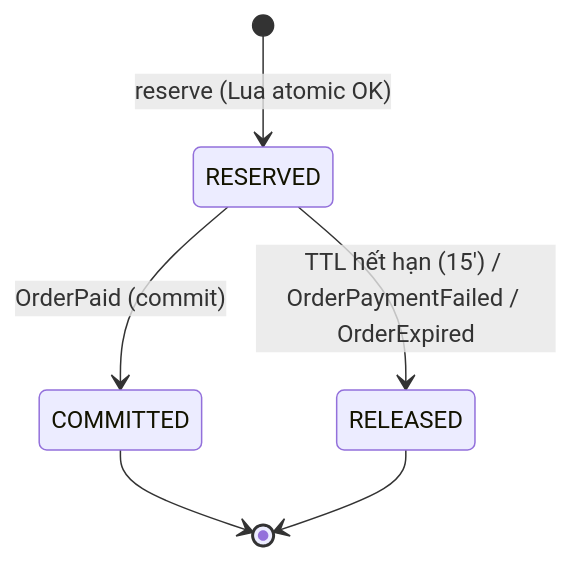
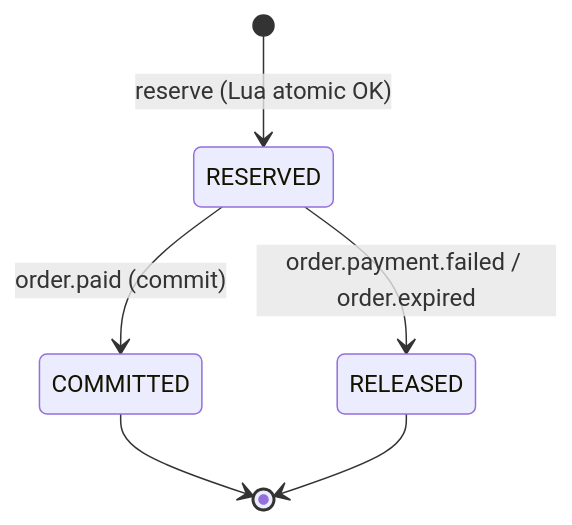
The diagram in docs/contracts/services/inventory-service.md (software-design-138gogo/tickefy-backend), drawn with Mermaid before and after one commit. The commit also changed other lines of this file and 1 other file, not shown here.

First line of the commit message:
docs(contracts): cap nhat order/inventory service-spec sau Pass 2 verified

````diff
--- a/docs/contracts/services/inventory-service.md
+++ b/docs/contracts/services/inventory-service.md
@@ -105,8 +108,8 @@
 ```mermaid
 stateDiagram-v2
     [*] --> RESERVED: reserve (Lua atomic OK)
-    RESERVED --> COMMITTED: OrderPaid (commit)
-    RESERVED --> RELEASED: TTL hết hạn (15') / OrderPaymentFailed / OrderExpired
+    RESERVED --> COMMITTED: order.paid (commit)
+    RESERVED --> RELEASED: order.payment.failed / order.expired
     COMMITTED --> [*]
     RELEASED --> [*]
 ```
````
